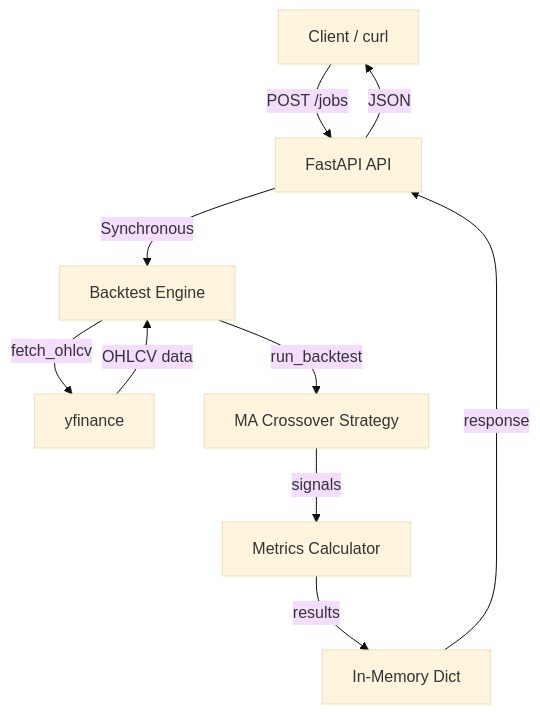
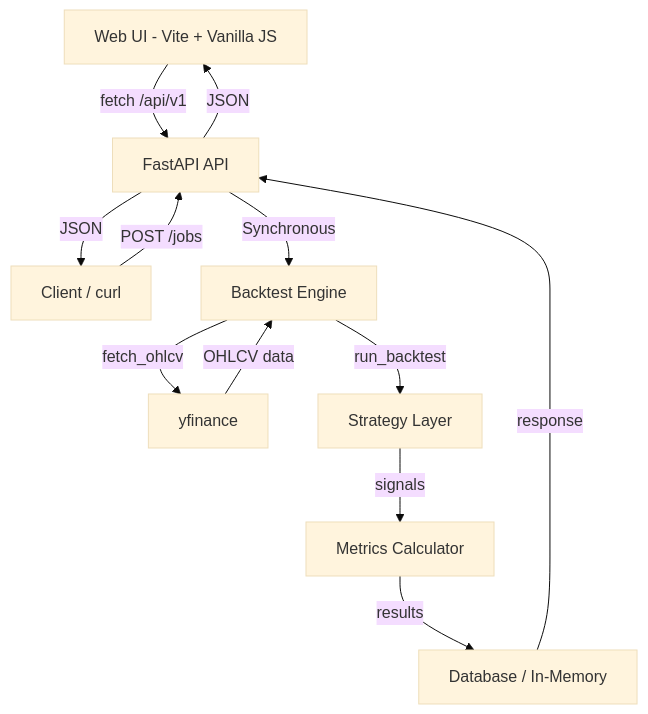
One commit to Thinh-nguyen-03/backgrid changed the first of 3 diagrams in docs/ARCHITECTURE.md. Above: the diagram before and after it, drawn with Mermaid (base theme). The commit also changed other lines of this file and 9 other files, not shown here.

````diff
--- a/docs/ARCHITECTURE.md
+++ b/docs/ARCHITECTURE.md
@@ -13,12 +13,14 @@
 ```mermaid
 graph TD
-    A[Client / curl] -->|POST /jobs| B[FastAPI API]
+    UI[Web UI - Vite + Vanilla JS] -->|fetch /api/v1| B[FastAPI API]
+    A[Client / curl] -->|POST /jobs| B
     B -->|Synchronous| C[Backtest Engine]
     C -->|fetch_ohlcv| D[yfinance]
     D -->|OHLCV data| C
-    C -->|run_backtest| E[MA Crossover Strategy]
+    C -->|run_backtest| E[Strategy Layer]
     E -->|signals| F[Metrics Calculator]
-    F -->|results| G[In-Memory Dict]
+    F -->|results| G[Database / In-Memory]
     G -->|response| B
+    B -->|JSON| UI
     B -->|JSON| A
 ```
````
